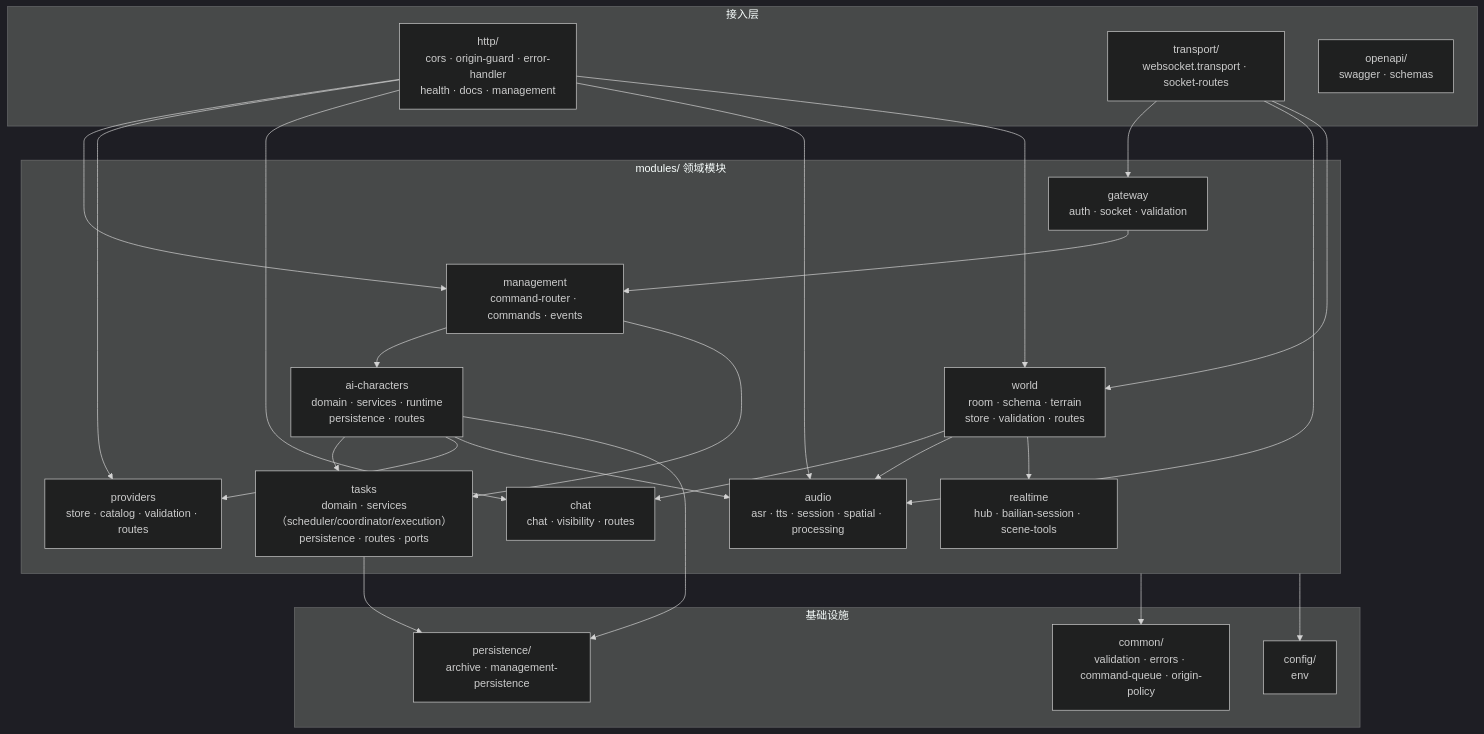
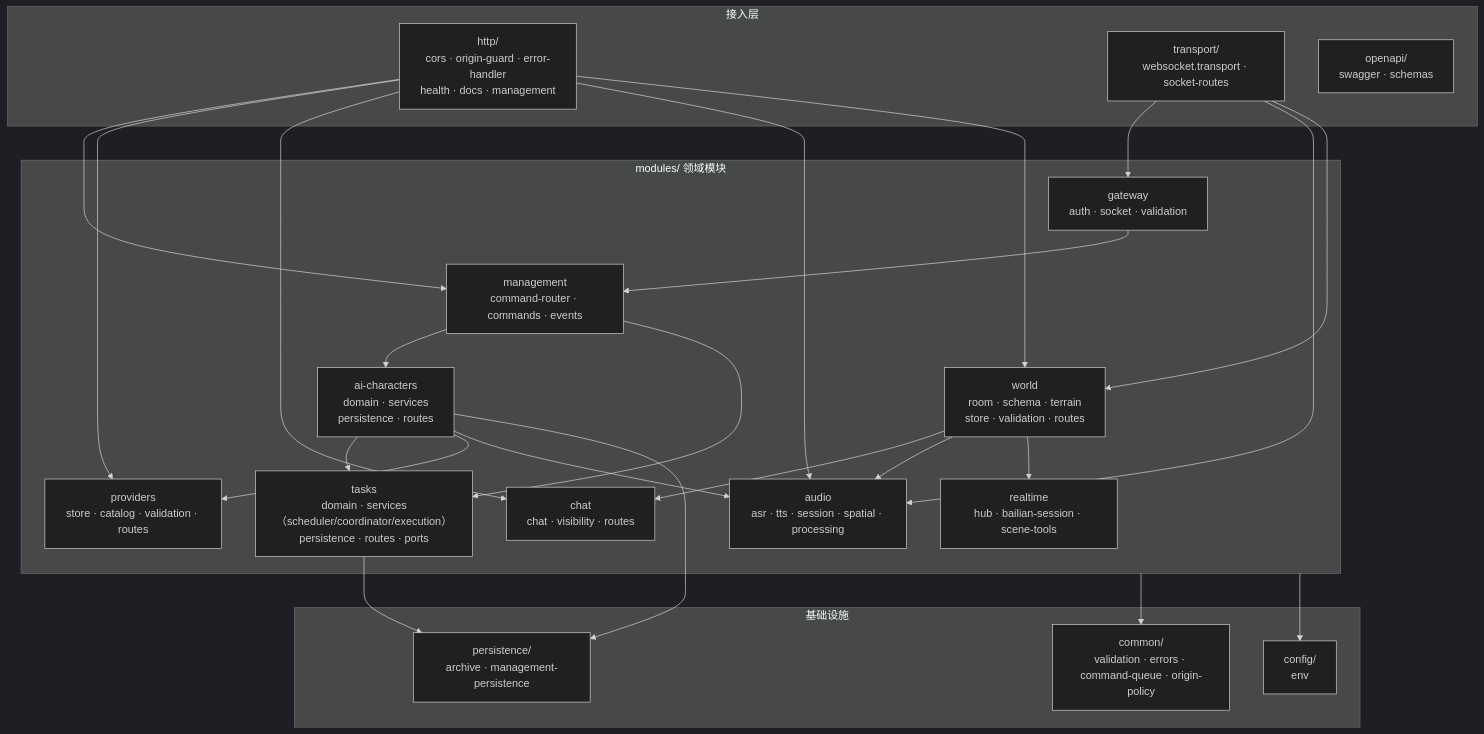
One commit to lulabs-org/embocraft changed the fifth of 14 diagrams in docs/guide/architecture-diagrams.md. Above: the diagram before and after it, drawn with Mermaid (dark theme). The commit also changed other lines of this file and 16 other files, not shown here.

````diff
--- a/docs/guide/architecture-diagrams.md
+++ b/docs/guide/architecture-diagrams.md
@@ -122,49 +122,49 @@
 ```mermaid
 graph TB
     subgraph Entry["接入层"]
         HTTP["http/<br/>cors · origin-guard · error-handler<br/>health · docs · management"]
         TR["transport/<br/>websocket.transport · socket-routes"]
         OA["openapi/<br/>swagger · schemas"]
     end
 
     subgraph Modules["modules/ 领域模块"]
         World["world<br/>room · schema · terrain<br/>store · validation · routes"]
-        AIC["ai-characters<br/>domain · services · runtime<br/>persistence · routes"]
+        AIC["ai-characters<br/>domain · services<br/>persistence · routes"]
         Tasks["tasks<br/>domain · services（scheduler/coordinator/execution）<br/>persistence · routes · ports"]
         Mgmt["management<br/>command-router · commands · events"]
         GW["gateway<br/>auth · socket · validation"]
         Prov["providers<br/>store · catalog · validation · routes"]
         Chat["chat<br/>chat · visibility · routes"]
         Audio["audio<br/>asr · tts · session · spatial · processing"]
         RT["realtime<br/>hub · bailian-session · scene-tools"]
     end
 
     subgraph Infra["基础设施"]
         Common["common/<br/>validation · errors · command-queue · origin-policy"]
         Config["config/<br/>env"]
         Persist["persistence/<br/>archive · management-persistence"]
     end
 
     HTTP --> Mgmt
     HTTP --> Prov
     HTTP --> Chat
     HTTP --> Audio
     HTTP --> World
     TR --> GW
     TR --> Audio
     TR --> World
 
     GW --> Mgmt
     Mgmt --> AIC
     Mgmt --> Tasks
     AIC --> Tasks
     AIC --> Prov
     AIC --> Audio
     World --> Chat
     World --> Audio
     World --> RT
     AIC --> Persist
     Tasks --> Persist
     Modules --> Common
     Modules --> Config
 ```
````
